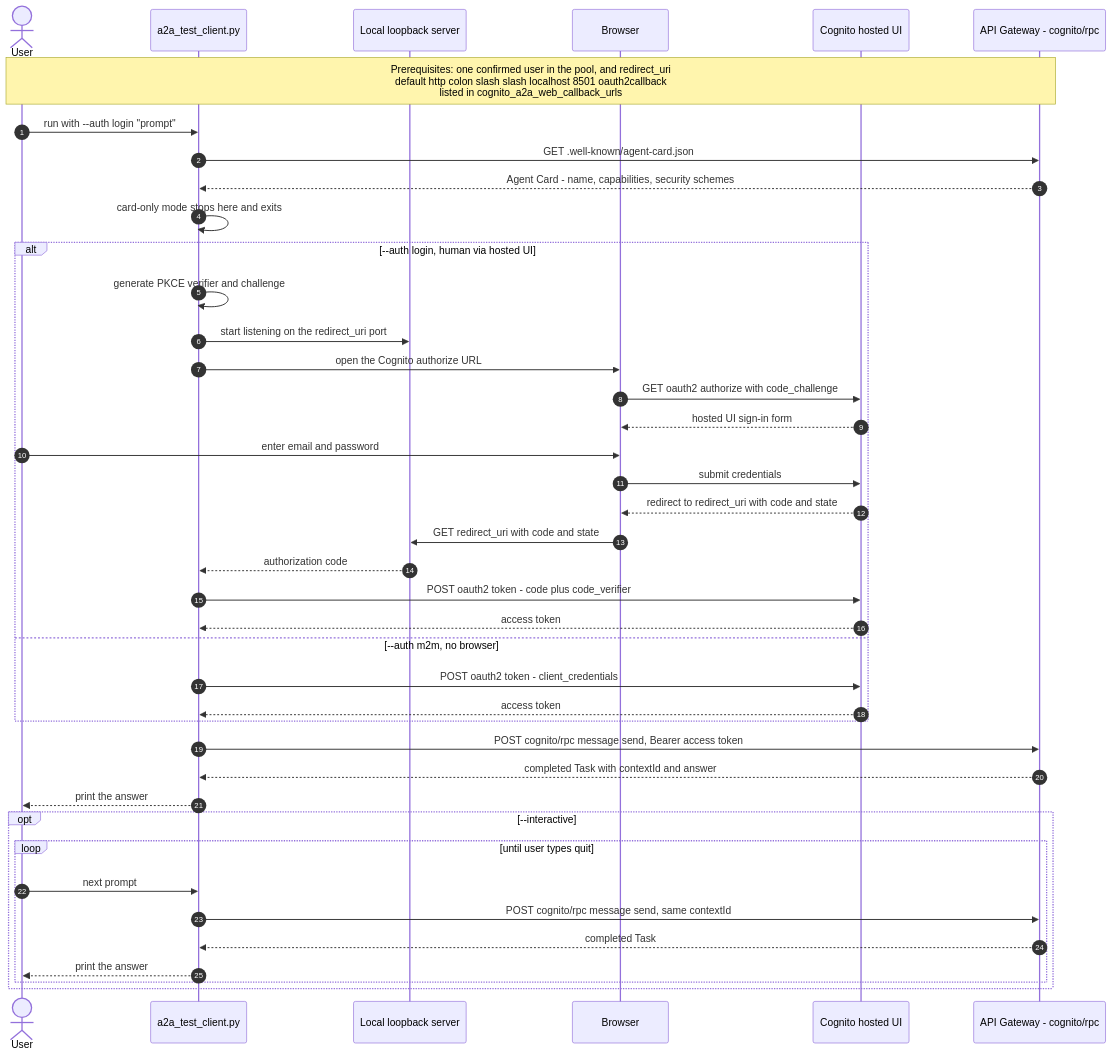
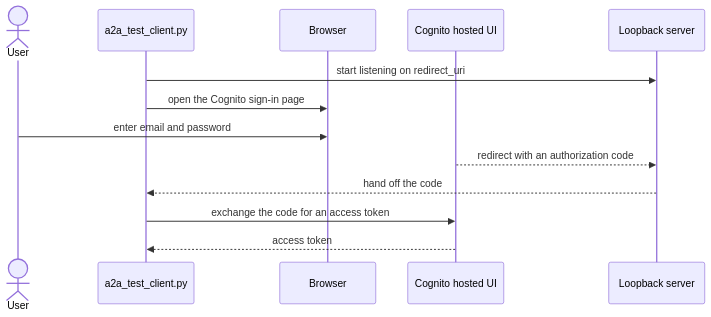
The second of 4 diagrams in docs/a2a-integration.md (mgbec/SCF-Agent-with-A2A), drawn with Mermaid before and after one commit. The commit also changed other lines of this file, not shown here.

Commit message:
docs: split the a2a_test_client.py sequence diagram into three simpler ones
The single alt/opt/loop diagram was dense. Broken into: (1) the hosted-UI
login flow, (2) the m2m flow, (3) the shared "call the agent" step that both
converge on - each under ~8 lines, easier to read at a glance.

````diff
--- a/docs/a2a-integration.md
+++ b/docs/a2a-integration.md
@@ -137,48 +139,16 @@
 ```mermaid
 sequenceDiagram
-    autonumber
     actor User
     participant CLI as a2a_test_client.py
-    participant LB as Local loopback server
     participant Browser
     participant Cognito as Cognito hosted UI
-    participant API as API Gateway - cognito/rpc
+    participant LB as Loopback server
 
-    Note over User,API: Prerequisites: one confirmed user in the pool, and redirect_uri<br/>default http colon slash slash localhost 8501 oauth2callback<br/>listed in cognito_a2a_web_callback_urls
-
-    User->>CLI: run with --auth login "prompt"
-    CLI->>API: GET .well-known/agent-card.json
-    API-->>CLI: Agent Card - name, capabilities, security schemes
-    CLI->>CLI: card-only mode stops here and exits
-
-    alt --auth login, human via hosted UI
-        CLI->>CLI: generate PKCE verifier and challenge
-        CLI->>LB: start listening on the redirect_uri port
-        CLI->>Browser: open the Cognito authorize URL
-        Browser->>Cognito: GET oauth2 authorize with code_challenge
-        Cognito-->>Browser: hosted UI sign-in form
-        User->>Browser: enter email and password
-        Browser->>Cognito: submit credentials
-        Cognito-->>Browser: redirect to redirect_uri with code and state
-        Browser->>LB: GET redirect_uri with code and state
-        LB-->>CLI: authorization code
-        CLI->>Cognito: POST oauth2 token - code plus code_verifier
-        Cognito-->>CLI: access token
-    else --auth m2m, no browser
-        CLI->>Cognito: POST oauth2 token - client_credentials
-        Cognito-->>CLI: access token
-    end
-
-    CLI->>API: POST cognito/rpc message send, Bearer access token
-    API-->>CLI: completed Task with contextId and answer
-    CLI-->>User: print the answer
-
-    opt --interactive
-        loop until user types quit
-            User->>CLI: next prompt
-            CLI->>API: POST cognito/rpc message send, same contextId
-            API-->>CLI: completed Task
-            CLI-->>User: print the answer
-        end
-    end
+    CLI->>LB: start listening on redirect_uri
+    CLI->>Browser: open the Cognito sign-in page
+    User->>Browser: enter email and password
+    Cognito-->>LB: redirect with an authorization code
+    LB-->>CLI: hand off the code
+    CLI->>Cognito: exchange the code for an access token
+    Cognito-->>CLI: access token
 ```
````
